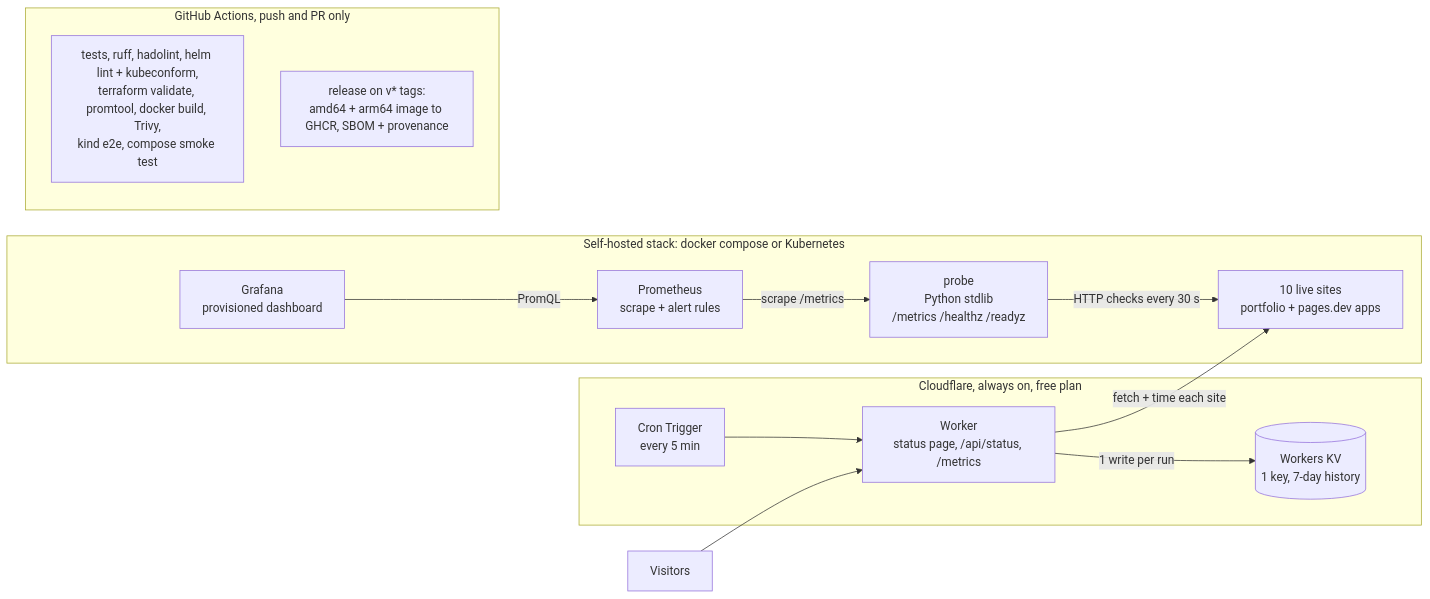
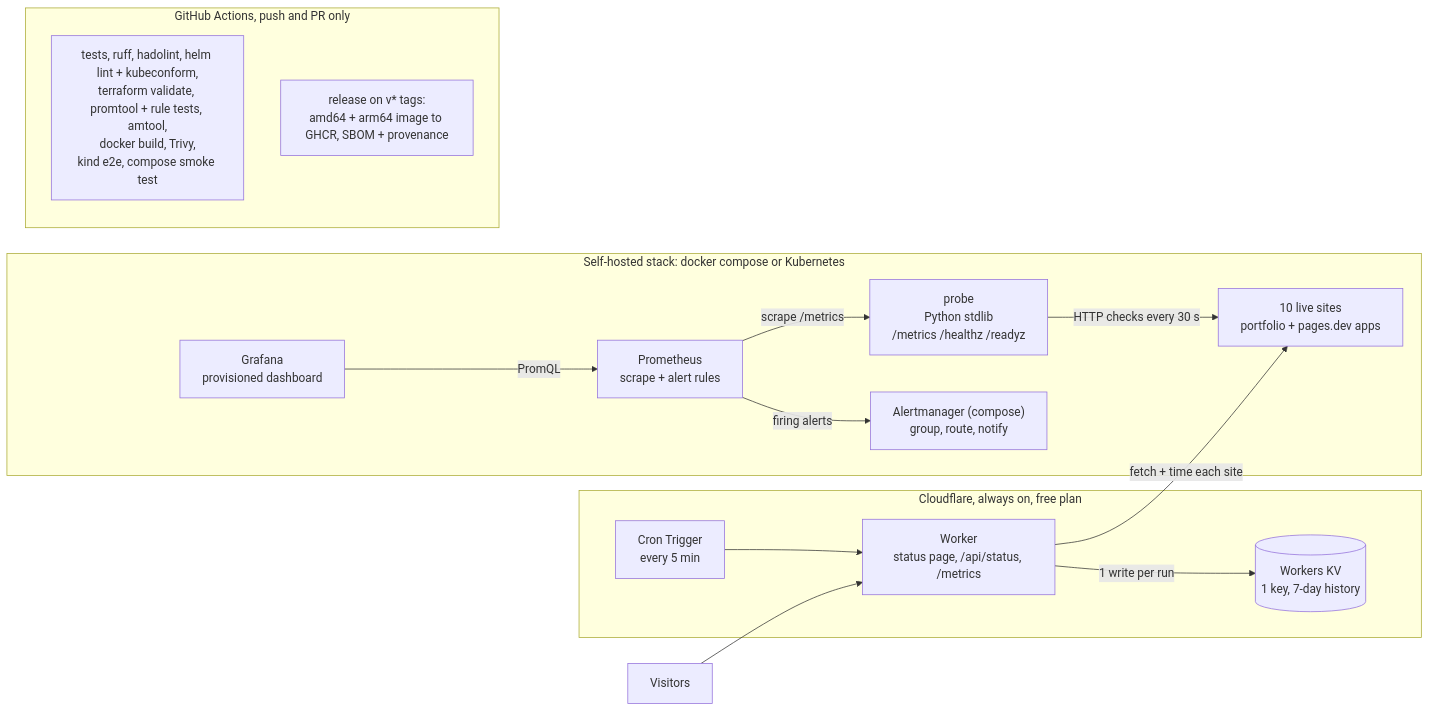
The first of 2 diagrams in README.md (naniiic137/fleetwatch), drawn with Mermaid before and after one commit. The commit also changed other lines of this file and 8 other files, not shown here.

First line of the commit message:
Alertmanager in the compose stack, alert-rule unit tests, live status link

````diff
--- a/README.md
+++ b/README.md
@@ -16,29 +17,31 @@
 ```mermaid
 flowchart LR
     sites["10 live sites<br/>portfolio + pages.dev apps"]
 
     subgraph local["Self-hosted stack: docker compose or Kubernetes"]
         probe["probe<br/>Python stdlib<br/>/metrics /healthz /readyz"]
         prom["Prometheus<br/>scrape + alert rules"]
+        am["Alertmanager (compose)<br/>group, route, notify"]
         graf["Grafana<br/>provisioned dashboard"]
         probe -- "HTTP checks every 30 s" --> sites
         prom -- "scrape /metrics" --> probe
+        prom -- "firing alerts" --> am
         graf -- "PromQL" --> prom
     end
 
     subgraph cf["Cloudflare, always on, free plan"]
         cron["Cron Trigger<br/>every 5 min"]
         worker["Worker<br/>status page, /api/status, /metrics"]
         kv[("Workers KV<br/>1 key, 7-day history")]
         cron --> worker
         worker -- "fetch + time each site" --> sites
         worker -- "1 write per run" --> kv
     end
 
     visitors["Visitors"] --> worker
 
     subgraph gha["GitHub Actions, push and PR only"]
-        ci["tests, ruff, hadolint, helm lint + kubeconform,<br/>terraform validate, promtool, docker build, Trivy,<br/>kind e2e, compose smoke test"]
+        ci["tests, ruff, hadolint, helm lint + kubeconform,<br/>terraform validate, promtool + rule tests, amtool,<br/>docker build, Trivy,<br/>kind e2e, compose smoke test"]
         rel["release on v* tags:<br/>amd64 + arm64 image to GHCR, SBOM + provenance"]
     end
 ```
````
